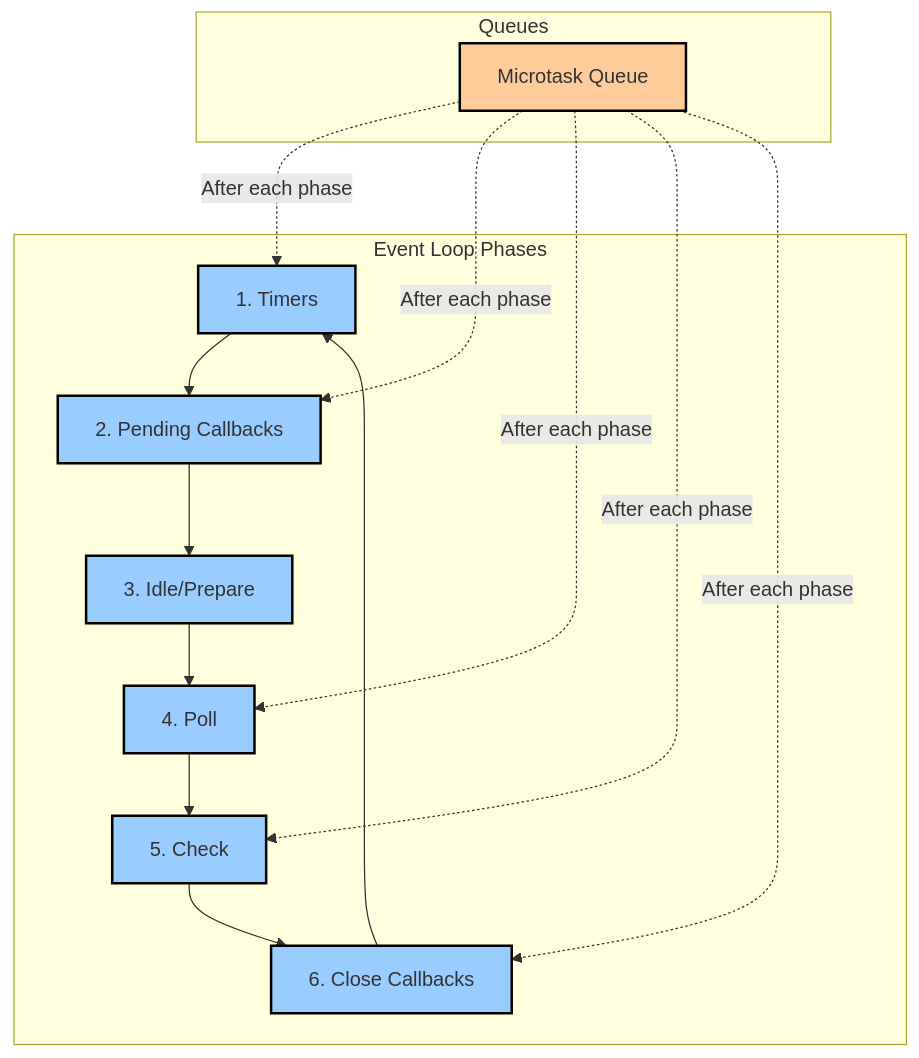
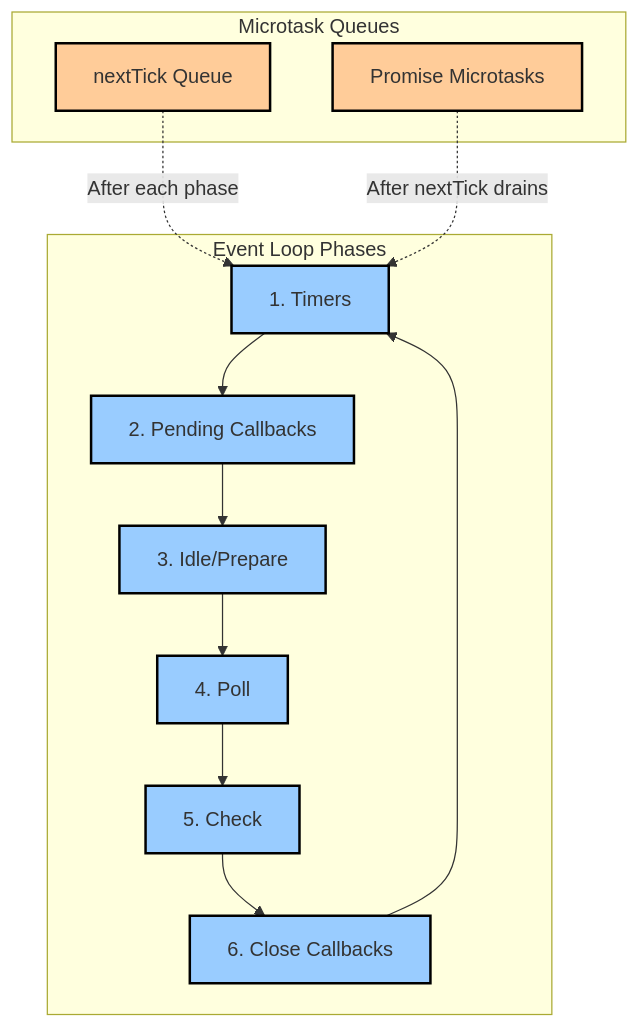
The second of 8 diagrams in v4/content/articles/programming-patterns/javascript-patterns/async-queue-pattern/README.md (sujeet-pro/legacy-personal-site), drawn with Mermaid before and after one commit. The commit also changed other lines of this file and 115 other files, not shown here.

````diff
--- a/v4/content/articles/programming-patterns/javascript-patterns/async-queue-pattern/README.md
+++ b/v4/content/articles/programming-patterns/javascript-patterns/async-queue-pattern/README.md
@@ -111,28 +74,27 @@
 ```mermaid
 graph TD
     subgraph "Event Loop Phases"
         T[1. Timers]
         PC[2. Pending Callbacks]
         IP[3. Idle/Prepare]
         P[4. Poll]
         C[5. Check]
         CL[6. Close Callbacks]
     end
 
-    subgraph "Queues"
-        MQ[Microtask Queue]
+    subgraph "Microtask Queues"
+        NT[nextTick Queue]
+        MQ[Promise Microtasks]
     end
 
     T --> PC --> IP --> P --> C --> CL --> T
-    MQ -.->|After each phase| T
-    MQ -.->|After each phase| PC
-    MQ -.->|After each phase| P
-    MQ -.->|After each phase| C
-    MQ -.->|After each phase| CL
+
+    NT -.->|After each phase| T
+    MQ -.->|After nextTick drains| T
 
     classDef phaseClass fill:#99ccff,stroke:#000,stroke-width:2px
     classDef microClass fill:#ffcc99,stroke:#000,stroke-width:2px
 
     class T,PC,IP,P,C,CL phaseClass
-    class MQ microClass
+    class NT,MQ microClass
 ```
````
